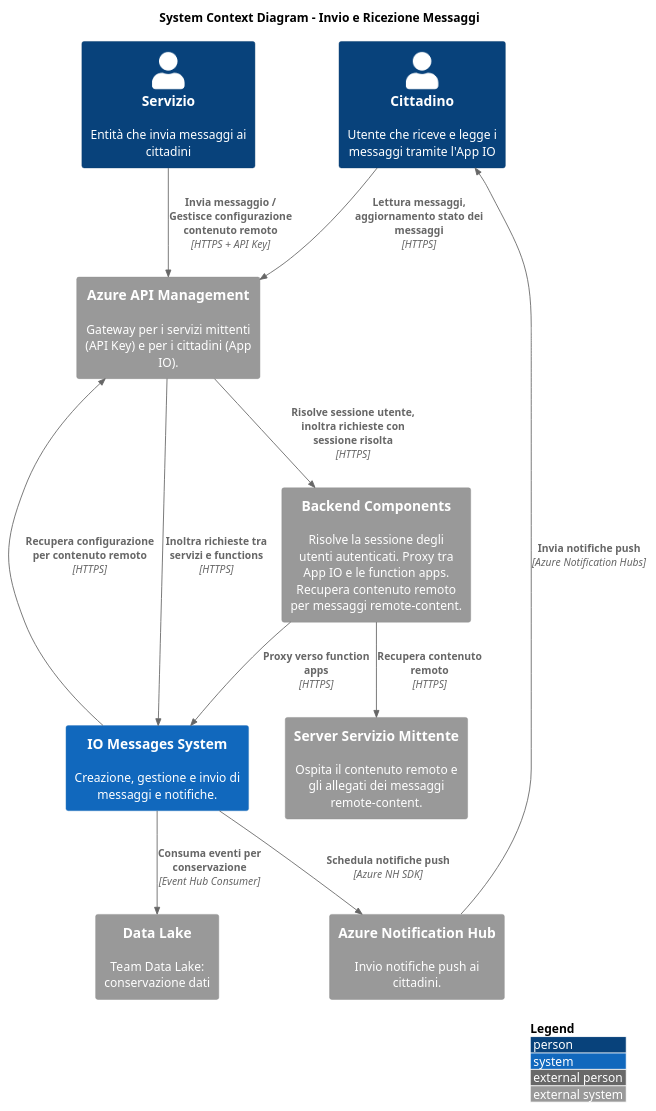
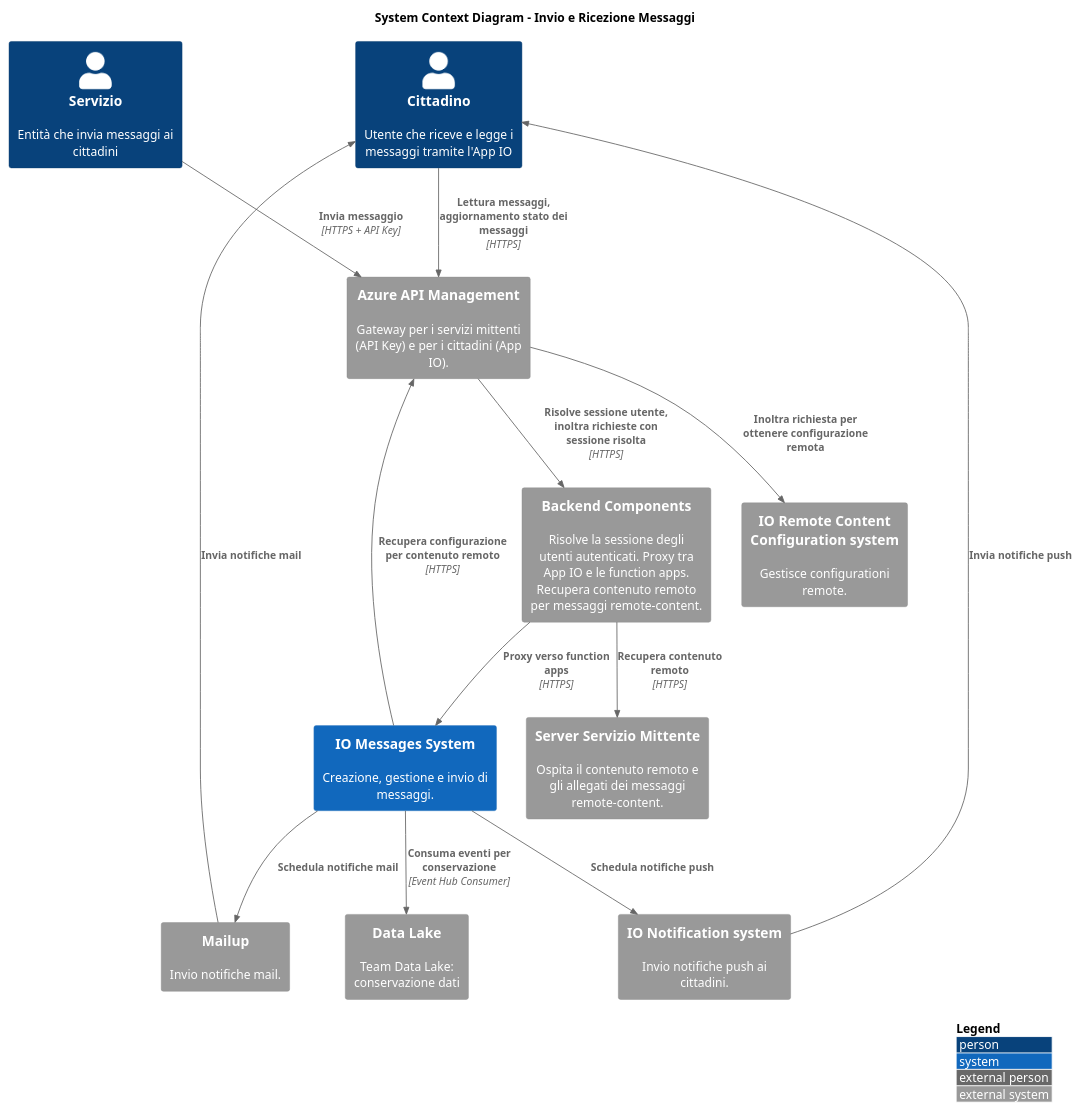
The diagram in docs/c4/puml/system-context-diagram.puml (pagopa/io-messages), drawn with PlantUML before and after one commit. The commit also changed 3 other files, not shown here.

First line of the commit message:
Rework c4 Diagram

```diff
--- a/docs/c4/puml/system-context-diagram.puml
+++ b/docs/c4/puml/system-context-diagram.puml
@@ -1,40 +1,44 @@
 @startuml System Context Diagram - IO Messages
 !include https://raw.githubusercontent.com/plantuml-stdlib/C4-PlantUML/master/C4_Context.puml
 
 title System Context Diagram - Invio e Ricezione Messaggi
 
 LAYOUT_WITH_LEGEND()
 
 ' Actors
 Person(citizen, "Cittadino", "Utente che riceve e legge i messaggi tramite l'App IO")
 Person(service, "Servizio", "Entità che invia messaggi ai cittadini")
 
 ' Main system
-System(io_messages, "IO Messages System", "Creazione, gestione e invio di messaggi e notifiche.")
+System(io_messages, "IO Messages System", "Creazione, gestione e invio di messaggi.")
 
 ' IO Platform external systems
 System_Ext(apim, "Azure API Management", "Gateway per i servizi mittenti (API Key) e per i cittadini (App IO).")
 System_Ext(app_backend, "Backend Components", "Risolve la sessione degli utenti autenticati. Proxy tra App IO e le function apps. Recupera contenuto remoto per messaggi remote-content.")
 
 ' Truly external systems
-System_Ext(notification_hub, "Azure Notification Hub", "Invio notifiche push ai cittadini.")
+System_Ext(io_notification, "IO Notification system", "Invio notifiche push ai cittadini.")
+System_Ext(mail_system, "Mailup", "Invio notifiche mail.")
+System_Ext(io_rc, "IO Remote Content Configuration system", "Gestisce configurationi remote.")
 System_Ext(remote_content_server, "Server Servizio Mittente", "Ospita il contenuto remoto e gli allegati dei messaggi remote-content.")
 System_Ext(data_lake, "Data Lake", "Team Data Lake: conservazione dati")
 
 ' Service sender flow
-Rel_D(service, apim, "Invia messaggio / Gestisce configurazione contenuto remoto", "HTTPS + API Key")
-Rel_D(apim, io_messages, "Inoltra richieste tra servizi e functions", "HTTPS")
+Rel_D(service, apim, "Invia messaggio", "HTTPS + API Key")
+Rel_D(apim, io_rc, "Inoltra richiesta per ottenere configurazione remota")
 
 ' Citizen flow
 Rel_D(citizen, apim, "Lettura messaggi, aggiornamento stato dei messaggi", "HTTPS")
 Rel_D(apim, app_backend, "Risolve sessione utente, inoltra richieste con sessione risolta", "HTTPS")
 Rel_D(app_backend, io_messages, "Proxy verso function apps", "HTTPS")
 Rel_D(app_backend, remote_content_server, "Recupera contenuto remoto", "HTTPS")
 
 ' IO Messages outbound
 Rel_U(io_messages, apim, "Recupera configurazione per contenuto remoto", "HTTPS")
-Rel_D(io_messages, notification_hub, "Schedula notifiche push", "Azure NH SDK")
-Rel_U(notification_hub, citizen, "Invia notifiche push", "Azure Notification Hubs")
+Rel_D(io_messages, io_notification, "Schedula notifiche push")
+Rel_D(io_messages, mail_system, "Schedula notifiche mail")
+Rel_U(io_notification, citizen, "Invia notifiche push")
+Rel_D(mail_system, citizen, "Invia notifiche mail")
 Rel_D(io_messages, data_lake, "Consuma eventi per conservazione", "Event Hub Consumer")
 
 @enduml
```
